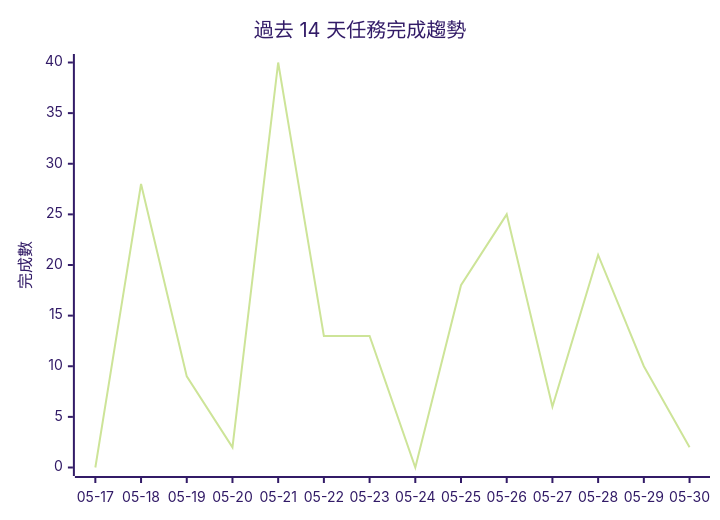
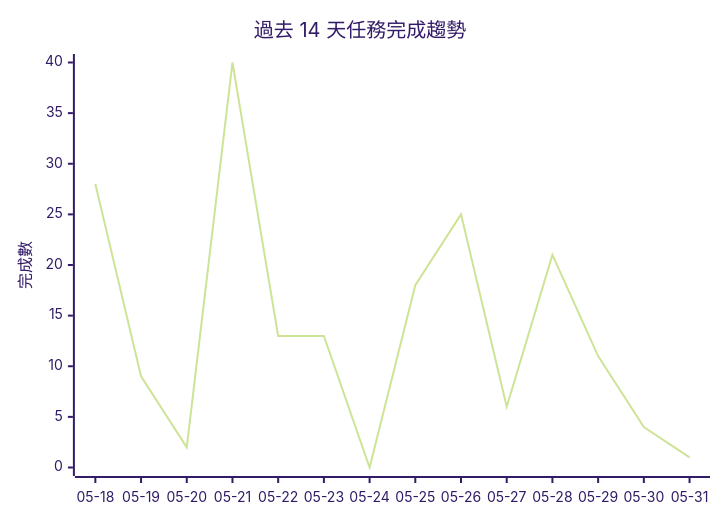
The diagram in README.md (openclawchen8-lgtm/openclawchen8-lgtm), drawn with Mermaid (forest theme) before and after one commit. The commit also changed other lines of this file, not shown here.

````diff
--- a/README.md
+++ b/README.md
@@ -167,7 +163,7 @@
 ```mermaid
 xychart-beta
     title "過去 14 天任務完成趨勢"
-    x-axis ["05-17", "05-18", "05-19", "05-20", "05-21", "05-22", "05-23", "05-24", "05-25", "05-26", "05-27", "05-28", "05-29", "05-30"]
+    x-axis ["05-18", "05-19", "05-20", "05-21", "05-22", "05-23", "05-24", "05-25", "05-26", "05-27", "05-28", "05-29", "05-30", "05-31"]
     y-axis "完成數" 0 --> 40
-    line [0, 28, 9, 2, 40, 13, 13, 0, 18, 25, 6, 21, 10, 2]
+    line [28, 9, 2, 40, 13, 13, 0, 18, 25, 6, 21, 11, 4, 1]
 ```
````
